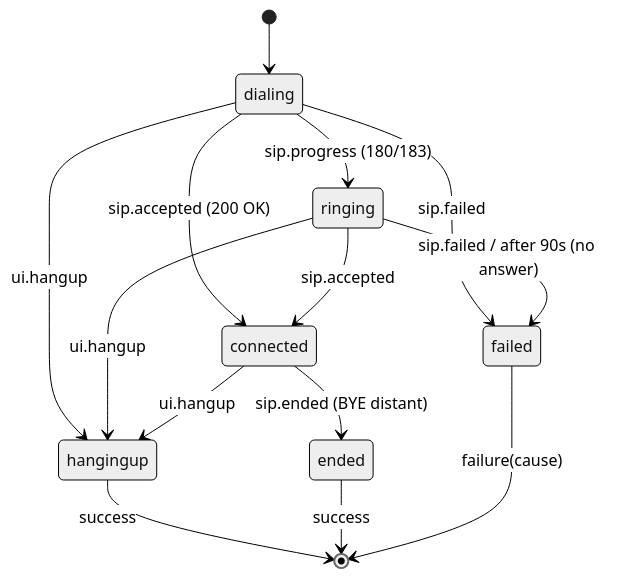
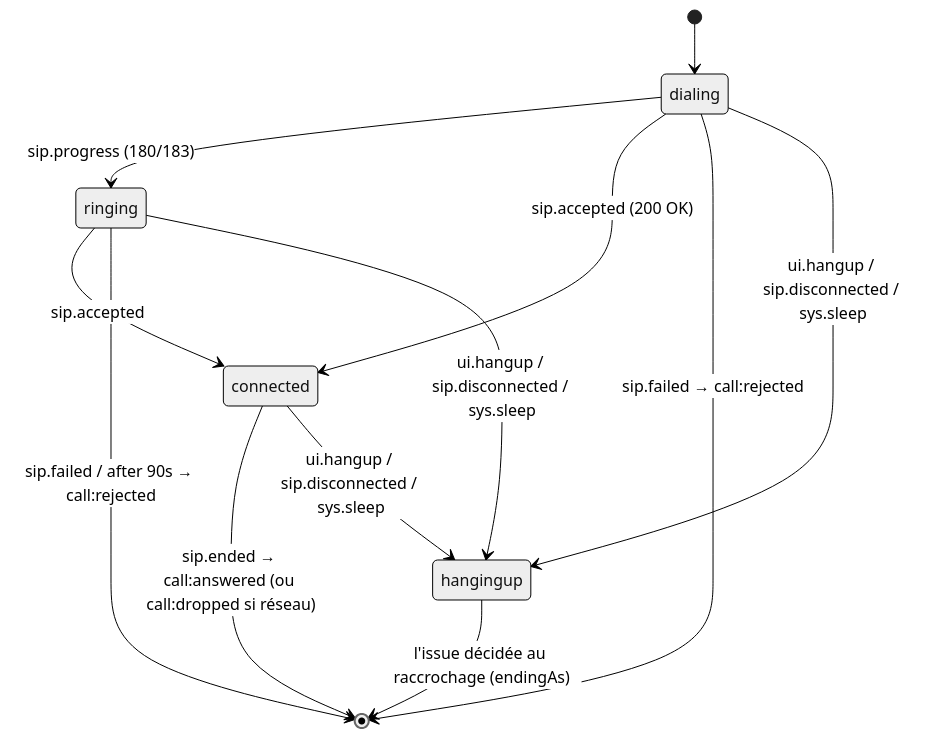
The second of 3 diagrams in docs/CONCEPTION.md (neutrino38/trix-web-client), drawn with Mermaid (neutral theme) before and after one commit. The commit also changed other lines of this file and 14 other files, not shown here.

````diff
--- a/docs/CONCEPTION.md
+++ b/docs/CONCEPTION.md
@@ -128,16 +165,14 @@
 ```mermaid
 stateDiagram-v2
   [*] --> dialing
   dialing --> ringing : sip.progress (180/183)
   dialing --> connected : sip.accepted (200 OK)
-  dialing --> failed : sip.failed
-  dialing --> hangingup : ui.hangup
+  dialing --> [*] : sip.failed → call:rejected
+  dialing --> hangingup : ui.hangup / sip.disconnected / sys.sleep
   ringing --> connected : sip.accepted
-  ringing --> failed : sip.failed / after 90s (no answer)
-  ringing --> hangingup : ui.hangup
-  connected --> ended : sip.ended (BYE distant)
-  connected --> hangingup : ui.hangup
-  hangingup --> [*] : success
-  ended --> [*] : success
-  failed --> [*] : failure(cause)
+  ringing --> [*] : sip.failed / after 90s → call:rejected
+  ringing --> hangingup : ui.hangup / sip.disconnected / sys.sleep
+  connected --> [*] : sip.ended → call:answered (ou call:dropped si réseau)
+  connected --> hangingup : ui.hangup / sip.disconnected / sys.sleep
+  hangingup --> [*] : l'issue décidée au raccrochage (endingAs)
 ```
````
